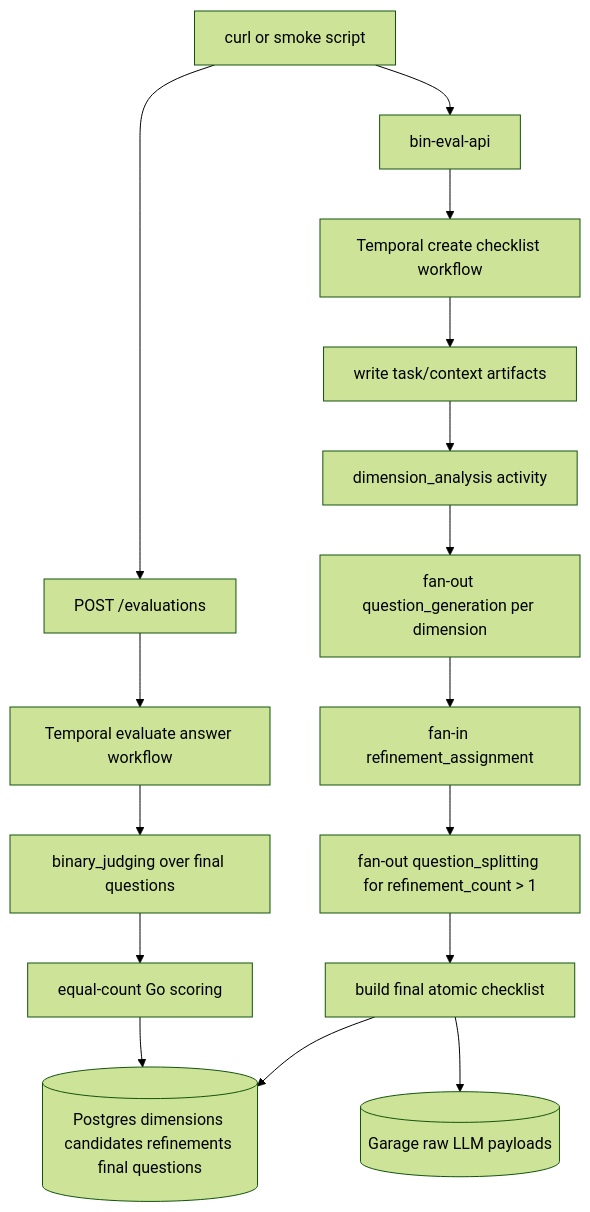
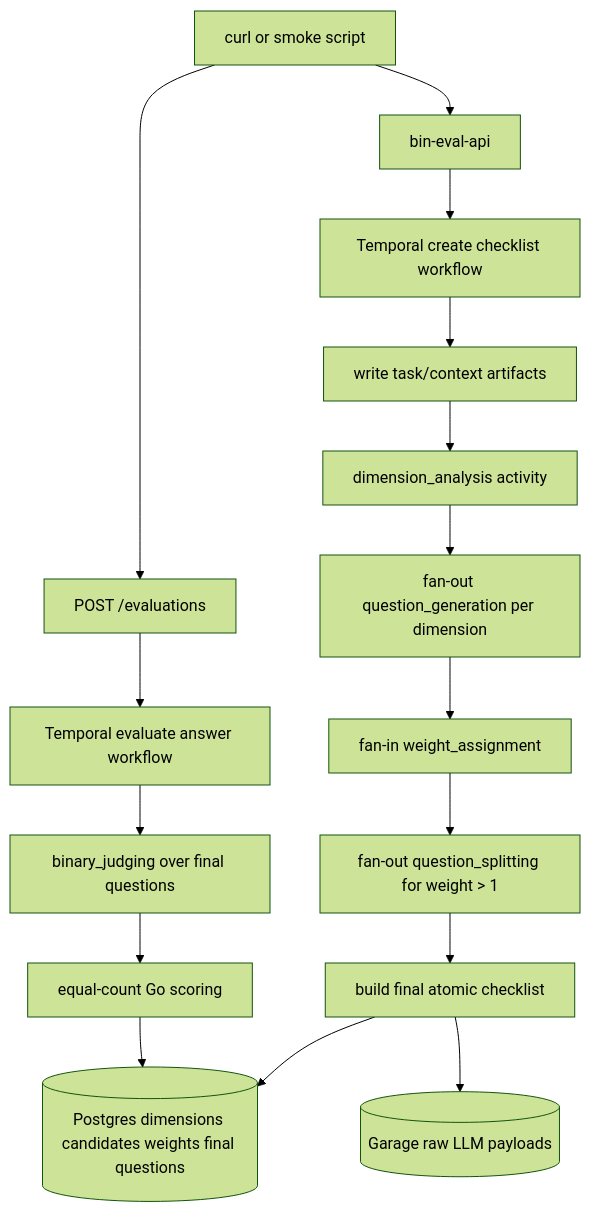
The diagram in plans/bin-eval-rubric-refinement-dag-plan.md (kirilligum/self-imp-bin-eval), drawn with Mermaid (forest theme) before and after one commit. The commit also changed other lines of this file and 1 other file, not shown here.

Commit message:
docs: keep diagnostic checklist weights

````diff
--- a/plans/bin-eval-rubric-refinement-dag-plan.md
+++ b/plans/bin-eval-rubric-refinement-dag-plan.md
@@ -123,18 +126,18 @@
 ```mermaid
 flowchart TB
   client[curl or smoke script] --> api[bin-eval-api]
   api --> temporal[Temporal create checklist workflow]
   temporal --> write_inputs[write task/context artifacts]
   write_inputs --> dims[dimension_analysis activity]
   dims --> qfan[fan-out question_generation per dimension]
-  qfan --> refine[fan-in refinement_assignment]
-  refine --> splitfan[fan-out question_splitting for refinement_count > 1]
+  qfan --> weigh[fan-in weight_assignment]
+  weigh --> splitfan[fan-out question_splitting for weight > 1]
   splitfan --> finalbuild[build final atomic checklist]
-  finalbuild --> pg[(Postgres dimensions candidates refinements final questions)]
+  finalbuild --> pg[(Postgres dimensions candidates weights final questions)]
   finalbuild --> garage[(Garage raw LLM payloads)]
   client --> evalapi[POST /evaluations]
   evalapi --> evalwf[Temporal evaluate answer workflow]
   evalwf --> judge[binary_judging over final questions]
   judge --> score[equal-count Go scoring]
   score --> pg
 ```
````
